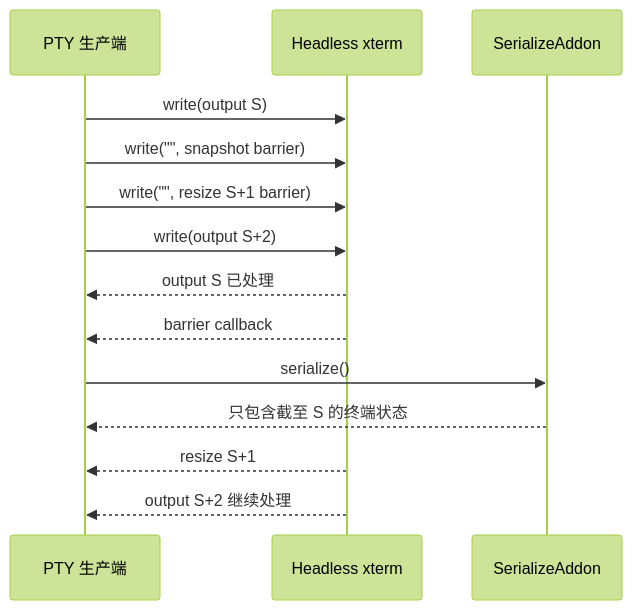
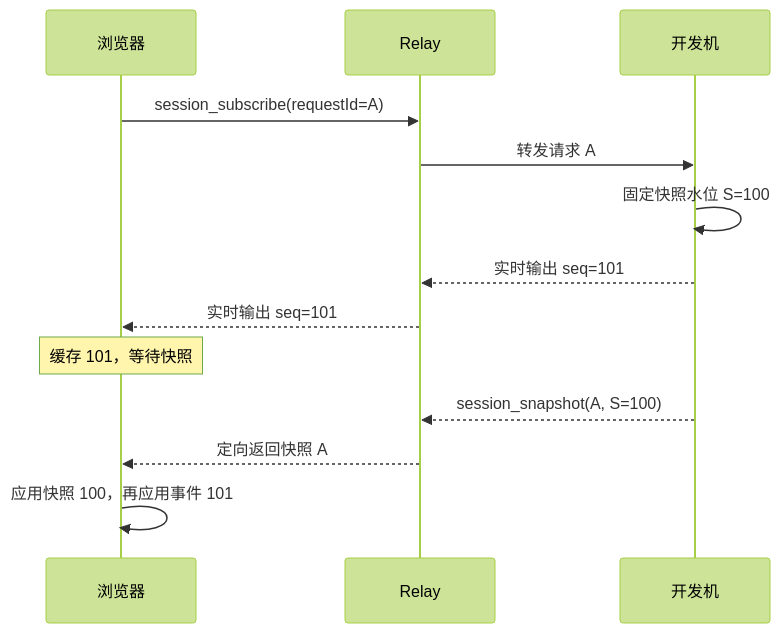
The second of 2 diagrams in docs/PTY-NETWORK-SYNC.md (lichenxicatapple-blip/dev-anywhere), drawn with Mermaid (forest theme) before and after one commit. The commit also changed other lines of this file and 1 other file, not shown here.

Commit message:
docs: update PTY network synchronization design

````diff
--- a/docs/PTY-NETWORK-SYNC.md
+++ b/docs/PTY-NETWORK-SYNC.md
@@ -181,17 +164,16 @@
 ```mermaid
 sequenceDiagram
-  participant P as PTY 生产端
-  participant X as Headless xterm
-  participant S as SerializeAddon
+  participant W as 浏览器
+  participant R as Relay
+  participant P as 开发机
 
-  P->>X: write(output S)
-  P->>X: write("", snapshot barrier)
-  P->>X: write("", resize S+1 barrier)
-  P->>X: write(output S+2)
-  X-->>P: output S 已处理
-  X-->>P: barrier callback
-  P->>S: serialize()
-  S-->>P: 只包含截至 S 的终端状态
-  X-->>P: resize S+1
-  X-->>P: output S+2 继续处理
+  W->>R: session_subscribe(requestId=A)
+  R->>P: 转发请求 A
+  P->>P: 固定快照水位 S=100
+  P-->>R: 实时输出 seq=101
+  R-->>W: 实时输出 seq=101
+  Note over W: 缓存 101，等待快照
+  P-->>R: session_snapshot(A, S=100)
+  R-->>W: 定向返回快照 A
+  W->>W: 应用快照 100，再应用事件 101
 ```
````
